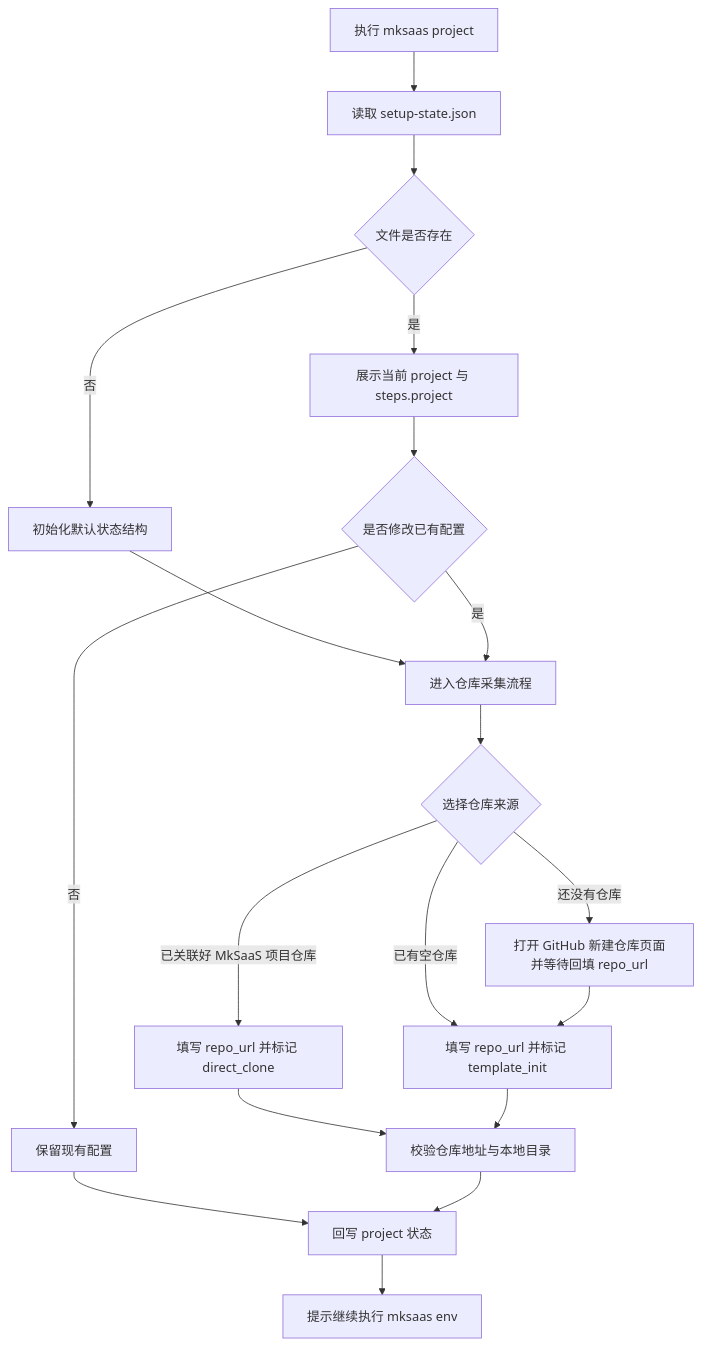
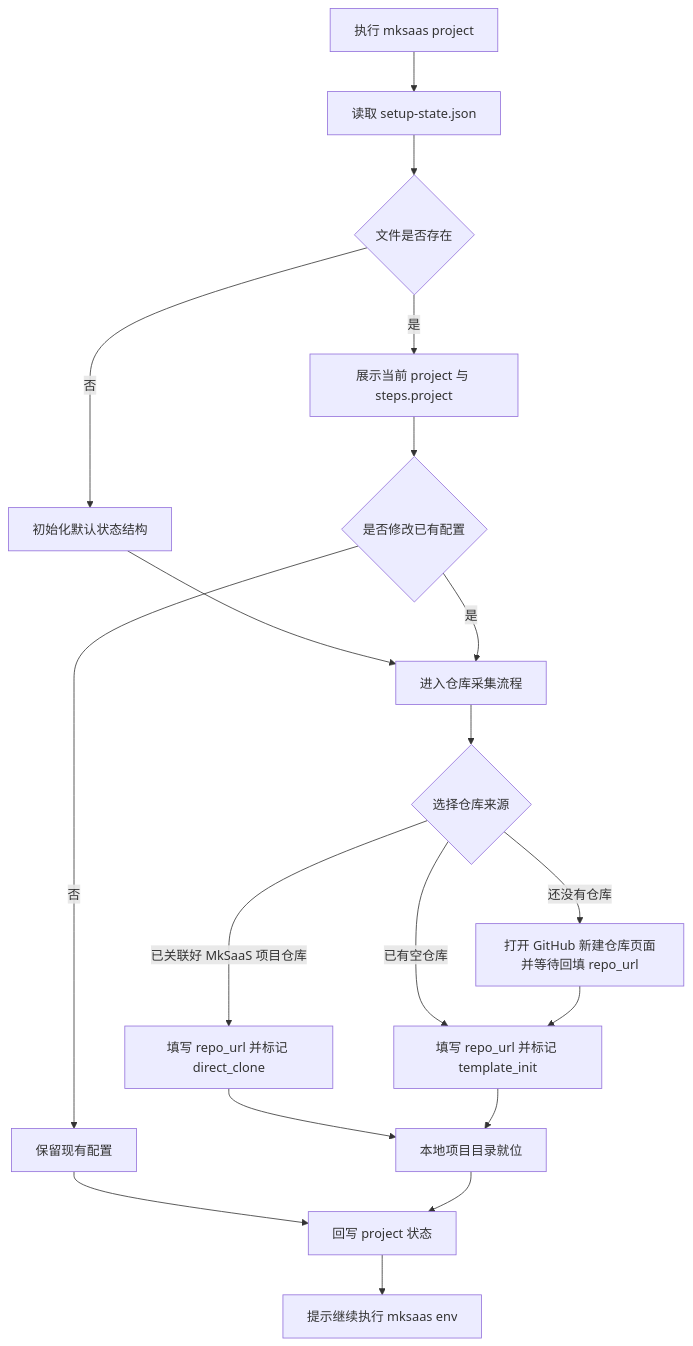
The diagram in docs/steps/03-project.md (CaffeineOddity/mksaas_command), drawn with Mermaid before and after one commit. The commit also changed other lines of this file and 7 other files, not shown here.

````diff
--- a/docs/steps/03-project.md
+++ b/docs/steps/03-project.md
@@ -54,21 +75,21 @@
 ```mermaid
 flowchart TD
     A[执行 mksaas project] --> B[读取 setup-state.json]
     B --> C{文件是否存在}
     C -->|否| D[初始化默认状态结构]
     C -->|是| E[展示当前 project 与 steps.project]
     D --> F[进入仓库采集流程]
     E --> G{是否修改已有配置}
     G -->|否| H[保留现有配置]
     G -->|是| F
     F --> I{选择仓库来源}
     I -->|已关联好 MkSaaS 项目仓库| J[填写 repo_url 并标记 direct_clone]
     I -->|已有空仓库| K[填写 repo_url 并标记 template_init]
     I -->|还没有仓库| L[打开 GitHub 新建仓库页面并等待回填 repo_url]
     L --> K
-    J --> M[校验仓库地址与本地目录]
+    J --> M[本地项目目录就位]
     K --> M
     H --> N[回写 project 状态]
     M --> N
     N --> O[提示继续执行 mksaas env <group>]
 ```
````
